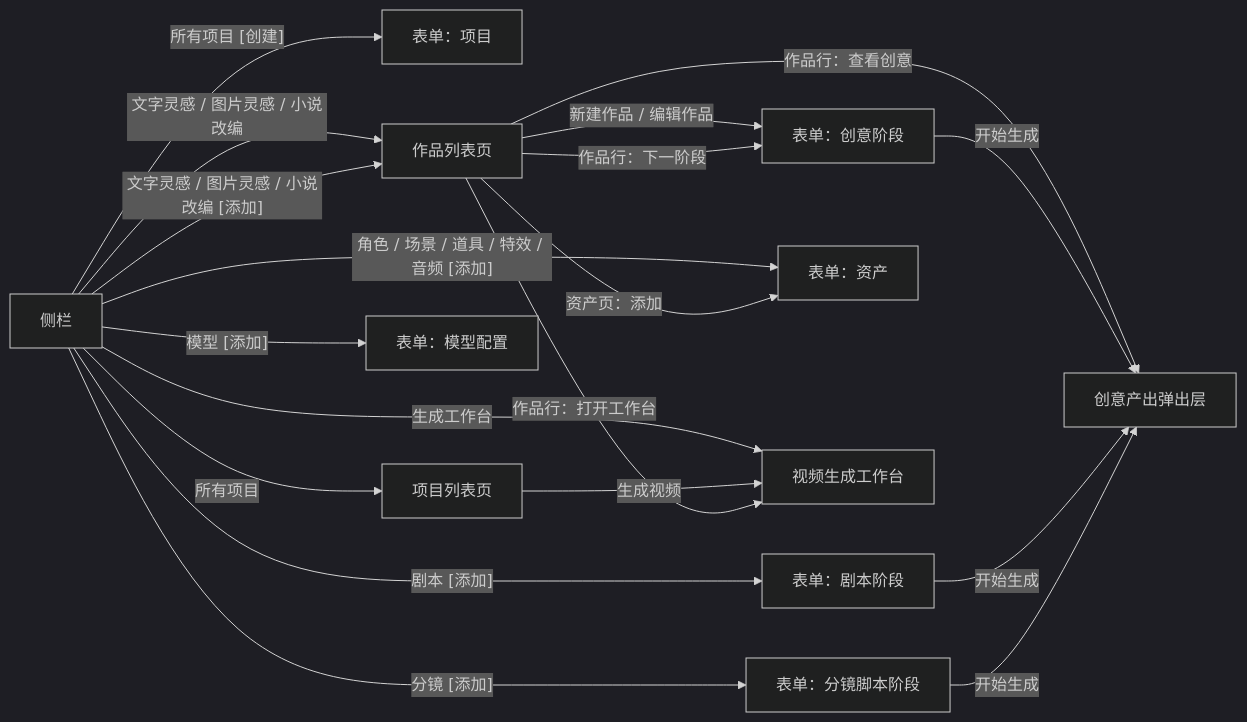
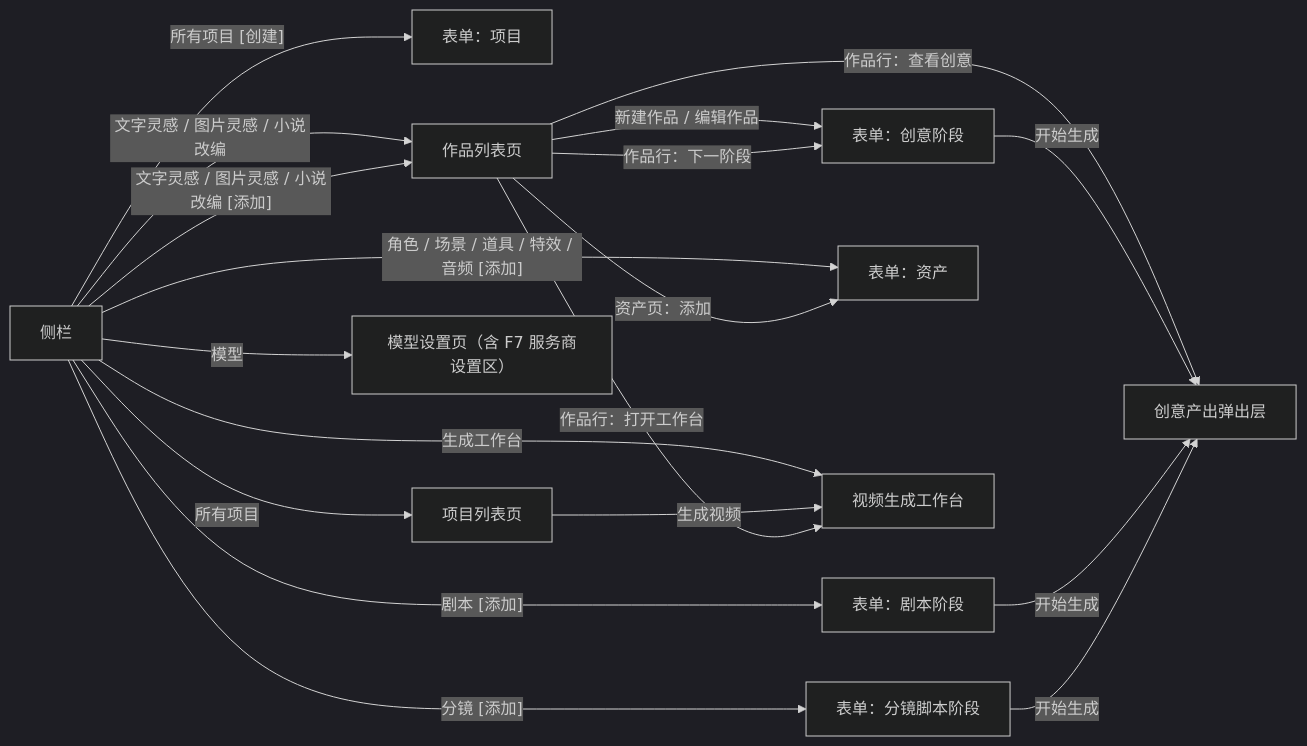
The diagram in docs/page-form-design.md (sengbin/ai-video-studio), drawn with Mermaid (dark theme) before and after one commit. The commit also changed other lines of this file and 34 other files, not shown here.

````diff
--- a/docs/page-form-design.md
+++ b/docs/page-form-design.md
@@ -9,21 +9,21 @@
 ```mermaid
 flowchart LR
   SB["侧栏"] -->|"所有项目 [创建]"| F1["表单：项目"]
   SB -->|"所有项目"| PL["项目列表页"]
   SB -->|"文字灵感 / 图片灵感 / 小说改编"| PD["作品列表页"]
   SB -->|"文字灵感 / 图片灵感 / 小说改编 [添加]"| PD
   SB -->|"剧本 [添加]"| F4["表单：剧本阶段"]
   SB -->|"分镜 [添加]"| F5["表单：分镜脚本阶段"]
   SB -->|"角色 / 场景 / 道具 / 特效 / 音频 [添加]"| F6["表单：资产"]
-  SB -->|"模型 [添加]"| F7["表单：模型配置"]
+  SB -->|"模型"| P6["模型设置页（含 F7 服务商设置区）"]
   SB -->|"生成工作台"| WB["视频生成工作台"]
   PL -->|"生成视频"| WB
   PD -->|"新建作品 / 编辑作品"| F3["表单：创意阶段"]
   PD -->|"作品行：下一阶段"| F3
   PD -->|"作品行：打开工作台"| WB
   PD -->|"资产页：添加"| F6
   PD -->|"作品行：查看创意"| RV["创意产出弹出层"]
   F3 -->|"开始生成"| RV
   F4 -->|"开始生成"| RV
   F5 -->|"开始生成"| RV
 ```
````
